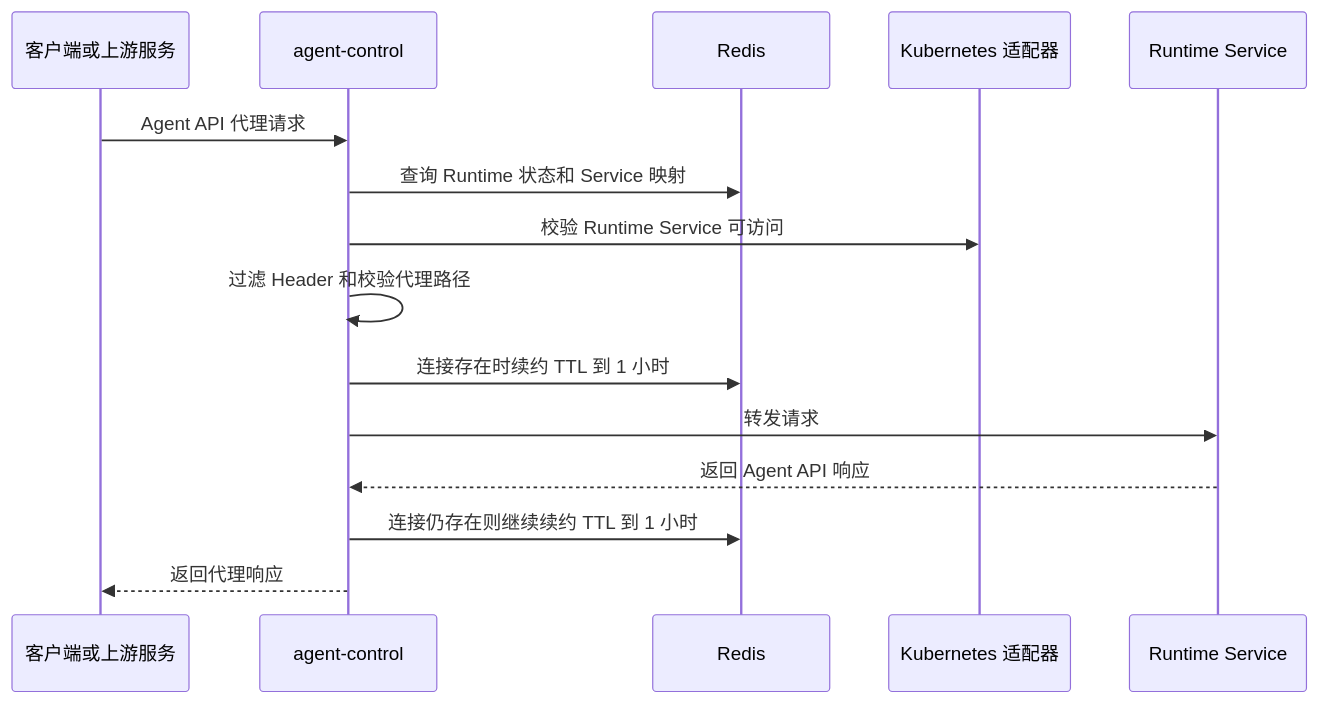
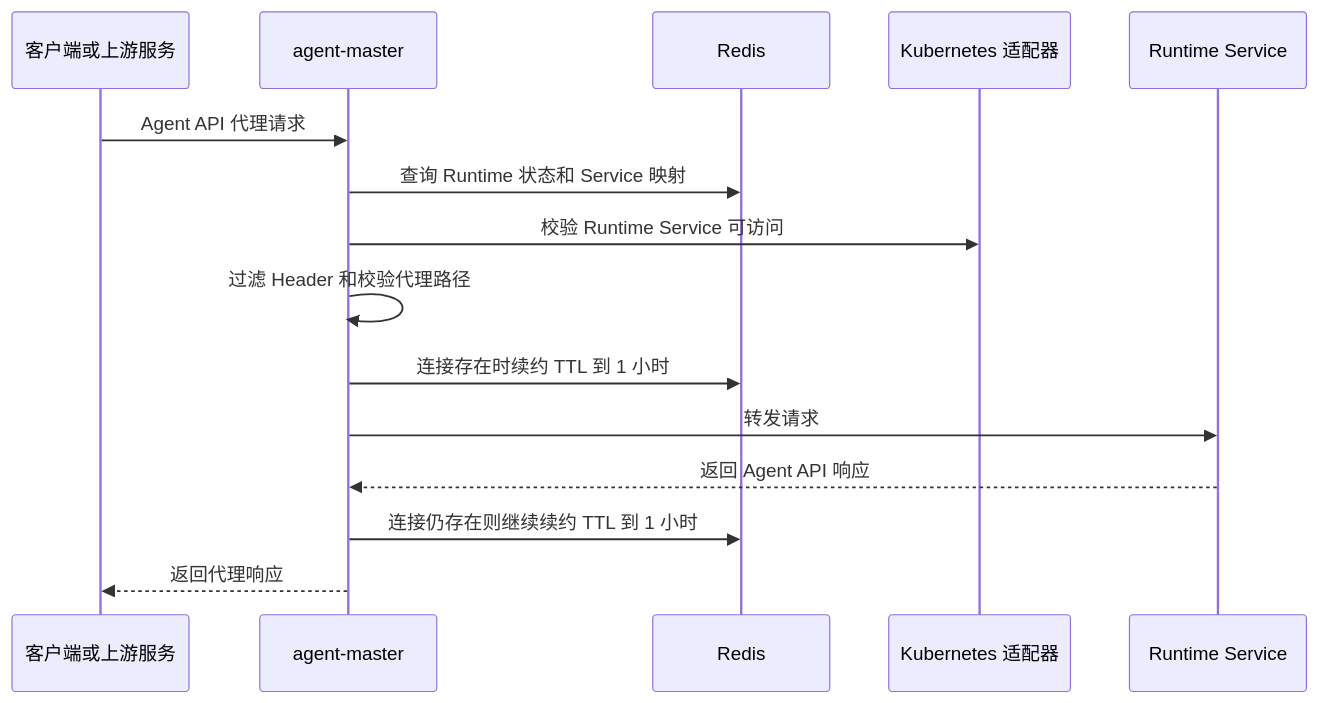
The fourth of 7 diagrams in README.md (ArchAIHarness/agent-master), drawn with Mermaid before and after one commit. The commit also changed other lines of this file and 27 other files, not shown here.

````diff
--- a/README.md
+++ b/README.md
@@ -185,18 +185,18 @@
 ```mermaid
 sequenceDiagram
     participant C as 客户端或上游服务
-    participant A as agent-control
+    participant A as agent-master
     participant R as Redis
     participant K as Kubernetes 适配器
     participant S as Runtime Service
 
     C->>A: Agent API 代理请求
     A->>R: 查询 Runtime 状态和 Service 映射
     A->>K: 校验 Runtime Service 可访问
     A->>A: 过滤 Header 和校验代理路径
     A->>R: 连接存在时续约 TTL 到 1 小时
     A->>S: 转发请求
     S-->>A: 返回 Agent API 响应
     A->>R: 连接仍存在则继续续约 TTL 到 1 小时
     A-->>C: 返回代理响应
 ```
````
